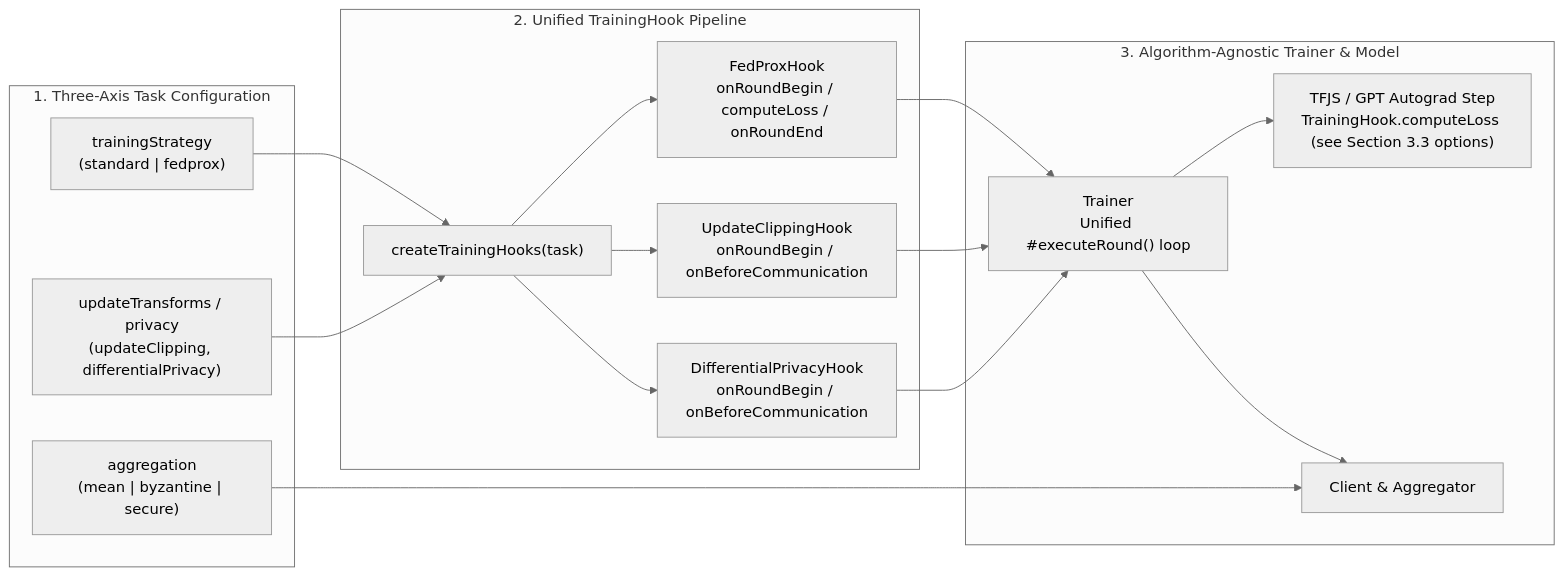
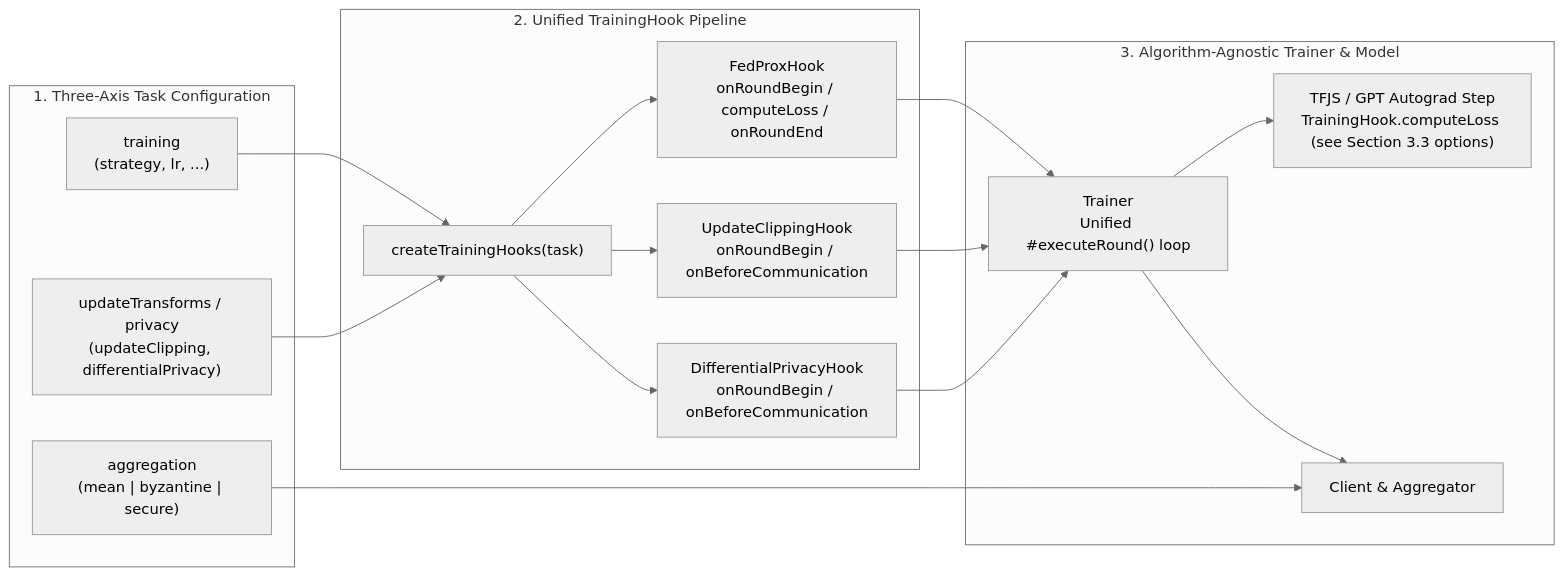
Before and after one commit to epfml/disco: the first of 2 diagrams in docs/TRAINING_ARCHITECTURE.md, drawn with Mermaid (neutral theme). The commit also changed other lines of this file, not shown here.

Commit message:
docs: restructure Axis 2 as composable training object and fix paste typo

````diff
--- a/docs/TRAINING_ARCHITECTURE.md
+++ b/docs/TRAINING_ARCHITECTURE.md
@@ -54,33 +52,33 @@
 ```mermaid
 flowchart LR
     subgraph Config["1. Three-Axis Task Configuration"]
-        TS["trainingStrategy<br/>(standard | fedprox)"]
+        TS["training<br/>(strategy, lr, ...)"]
         UT["updateTransforms / privacy<br/>(updateClipping, differentialPrivacy)"]
         AG["aggregation<br/>(mean | byzantine | secure)"]
     end
 
     subgraph HookPipeline["2. Unified TrainingHook Pipeline"]
         HF["createTrainingHooks(task)"]
         H1["FedProxHook<br/>onRoundBegin / computeLoss / onRoundEnd"]
         H2["UpdateClippingHook<br/>onRoundBegin / onBeforeCommunication"]
         H3["DifferentialPrivacyHook<br/>onRoundBegin / onBeforeCommunication"]
         HF --> H1
         HF --> H2
         HF --> H3
     end
 
     subgraph Execution["3. Algorithm-Agnostic Trainer & Model"]
         TR["Trainer<br/>Unified #executeRound() loop"]
         OPT["TFJS / GPT Autograd Step<br/>TrainingHook.computeLoss (see Section 3.3 options)"]
         CL["Client & Aggregator"]
         TR --> OPT
         TR --> CL
     end
 
     TS --> HF
     UT --> HF
     AG --> CL
     H1 --> TR
     H2 --> TR
     H3 --> TR
 ```
````
